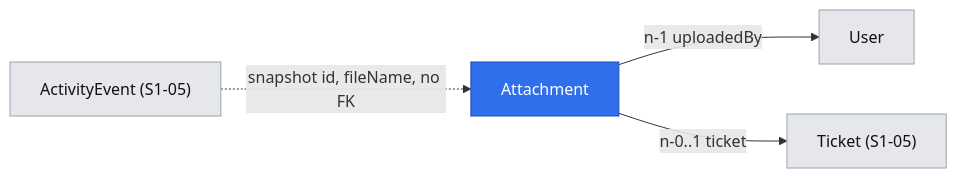
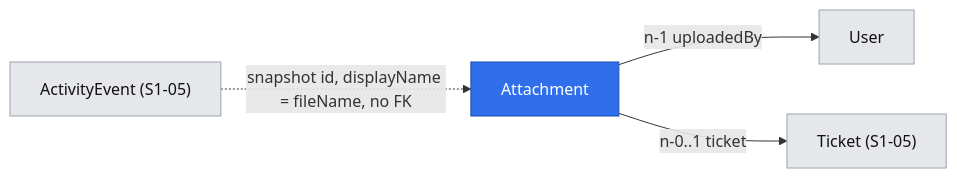
Before and after one commit to trybun/trybun: the diagram in .ai/specs/2026-10-26-attachments.md, drawn with Mermaid. The commit also changed other lines of this file, not shown here.

````diff
--- a/.ai/specs/2026-10-26-attachments.md
+++ b/.ai/specs/2026-10-26-attachments.md
@@ -111,14 +115,14 @@
 ```mermaid
 flowchart LR
     classDef newEntity fill:#2f6feb,color:#fff,stroke:#1b4fb0
     classDef existingEntity fill:#e5e7eb,color:#111,stroke:#9ca3af
 
     entity_1["Attachment"]:::newEntity
     entity_2["User"]:::existingEntity
     entity_3["Ticket (S1-05)"]:::existingEntity
     entity_4["ActivityEvent (S1-05)"]:::existingEntity
 
     entity_1 -->|"n-1 uploadedBy"| entity_2
     entity_1 -->|"n-0..1 ticket"| entity_3
-    entity_4 -.->|"snapshot id, fileName, no FK"| entity_1
+    entity_4 -.->|"snapshot id, displayName = fileName, no FK"| entity_1
 ```
````
